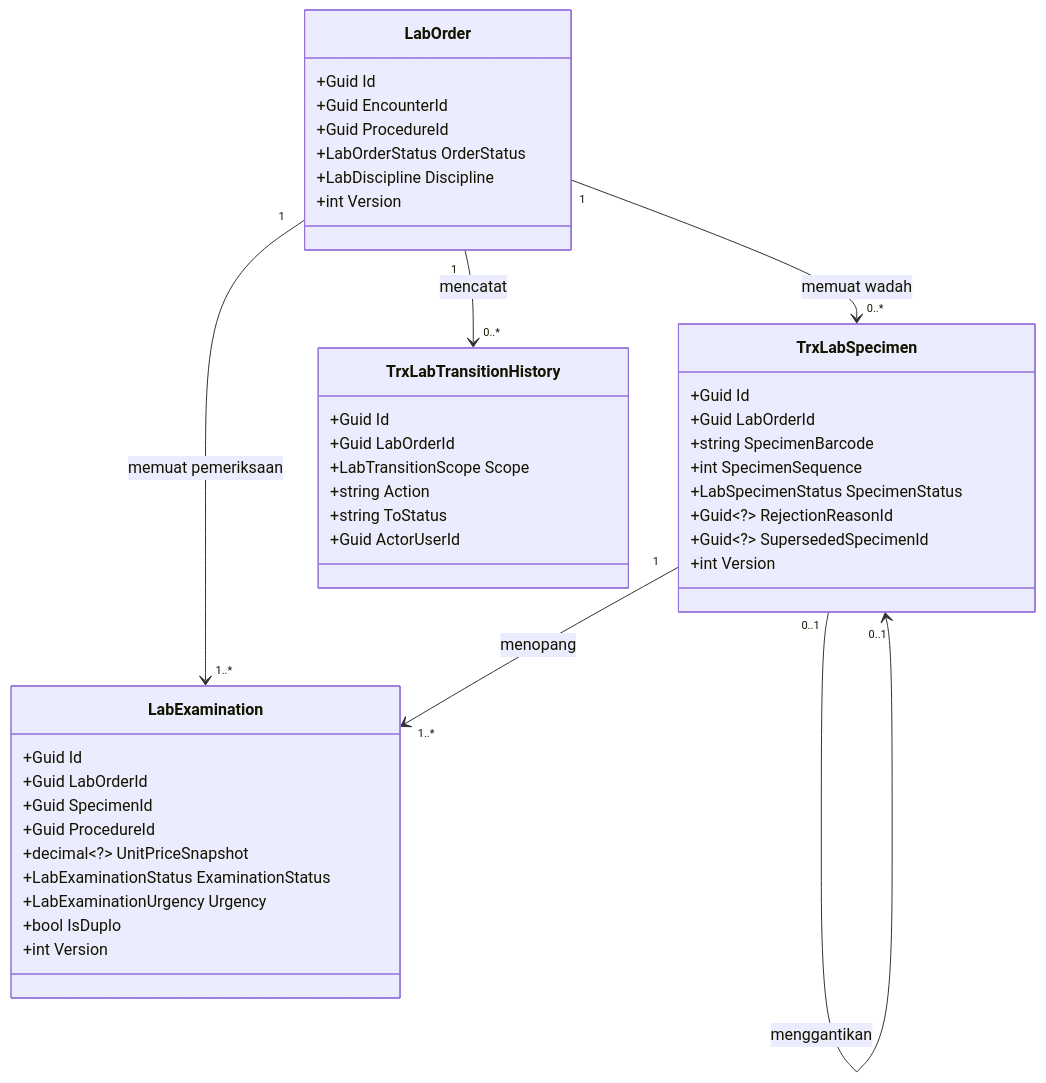
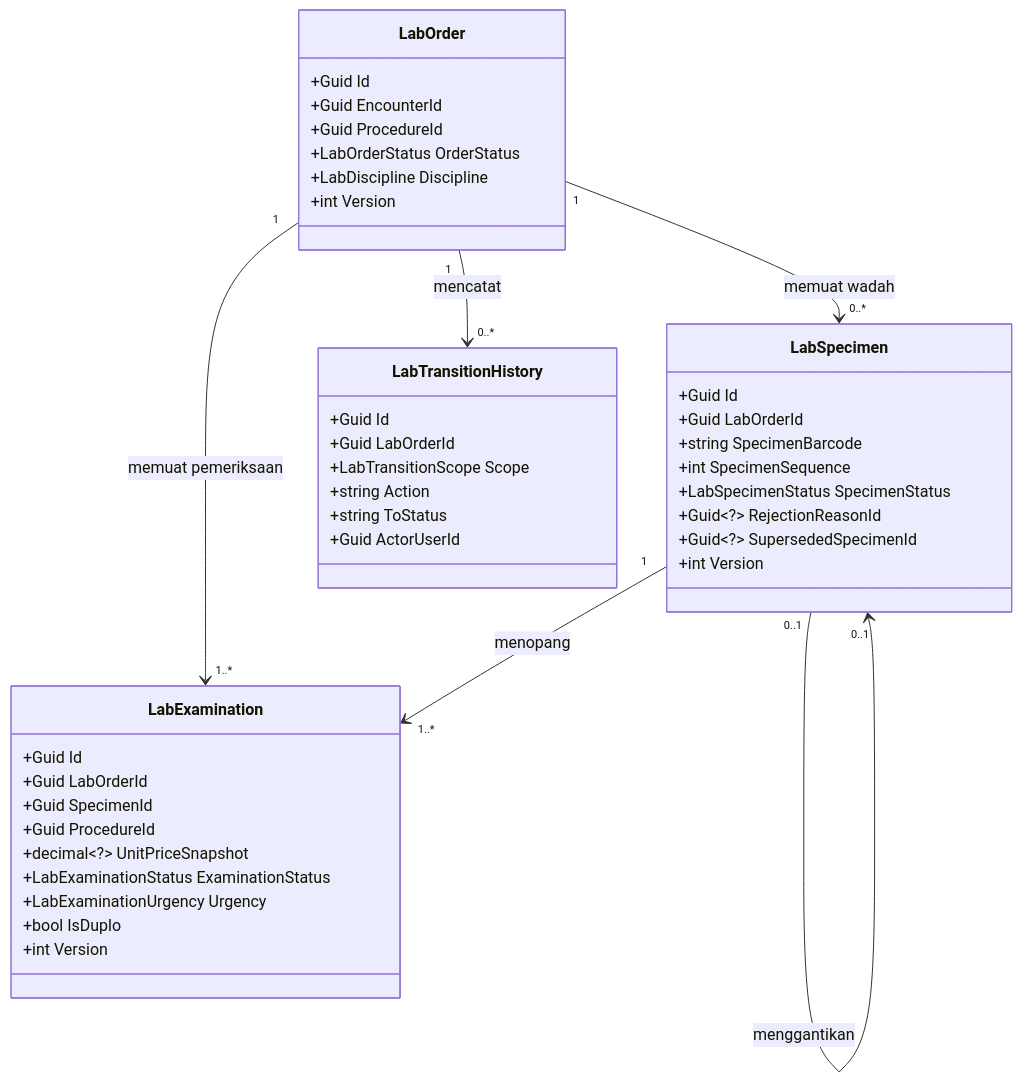
One commit to DevBenari/NewQuilvianSystemBackend changed the first of 3 diagrams in docs/module-blueprints/laboratorium/02-backend-architecture.md. Above: the diagram before and after it, drawn with Mermaid. The commit also changed other lines of this file and 61 other files, not shown here.

````diff
--- a/docs/module-blueprints/laboratorium/02-backend-architecture.md
+++ b/docs/module-blueprints/laboratorium/02-backend-architecture.md
@@ -114,45 +114,45 @@
 ```mermaid
 classDiagram
     class LabOrder {
         +Guid Id
         +Guid EncounterId
         +Guid ProcedureId
         +LabOrderStatus OrderStatus
         +LabDiscipline Discipline
         +int Version
     }
-    class TrxLabSpecimen {
+    class LabSpecimen {
         +Guid Id
         +Guid LabOrderId
         +string SpecimenBarcode
         +int SpecimenSequence
         +LabSpecimenStatus SpecimenStatus
         +Guid~?~ RejectionReasonId
         +Guid~?~ SupersededSpecimenId
         +int Version
     }
     class LabExamination {
         +Guid Id
         +Guid LabOrderId
         +Guid SpecimenId
         +Guid ProcedureId
         +decimal~?~ UnitPriceSnapshot
         +LabExaminationStatus ExaminationStatus
         +LabExaminationUrgency Urgency
         +bool IsDuplo
         +int Version
     }
-    class TrxLabTransitionHistory {
+    class LabTransitionHistory {
         +Guid Id
         +Guid LabOrderId
         +LabTransitionScope Scope
         +string Action
         +string ToStatus
         +Guid ActorUserId
     }
-    LabOrder "1" --> "0..*" TrxLabSpecimen : memuat wadah
+    LabOrder "1" --> "0..*" LabSpecimen : memuat wadah
     LabOrder "1" --> "1..*" LabExamination : memuat pemeriksaan
-    TrxLabSpecimen "1" --> "1..*" LabExamination : menopang
-    TrxLabSpecimen "0..1" --> "0..1" TrxLabSpecimen : menggantikan
-    LabOrder "1" --> "0..*" TrxLabTransitionHistory : mencatat
+    LabSpecimen "1" --> "1..*" LabExamination : menopang
+    LabSpecimen "0..1" --> "0..1" LabSpecimen : menggantikan
+    LabOrder "1" --> "0..*" LabTransitionHistory : mencatat
 ```
````
